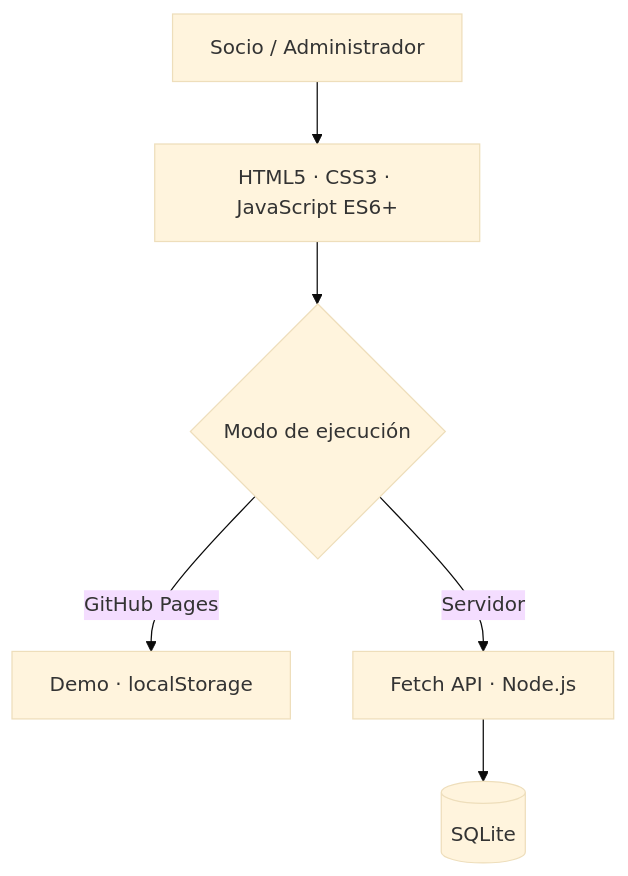
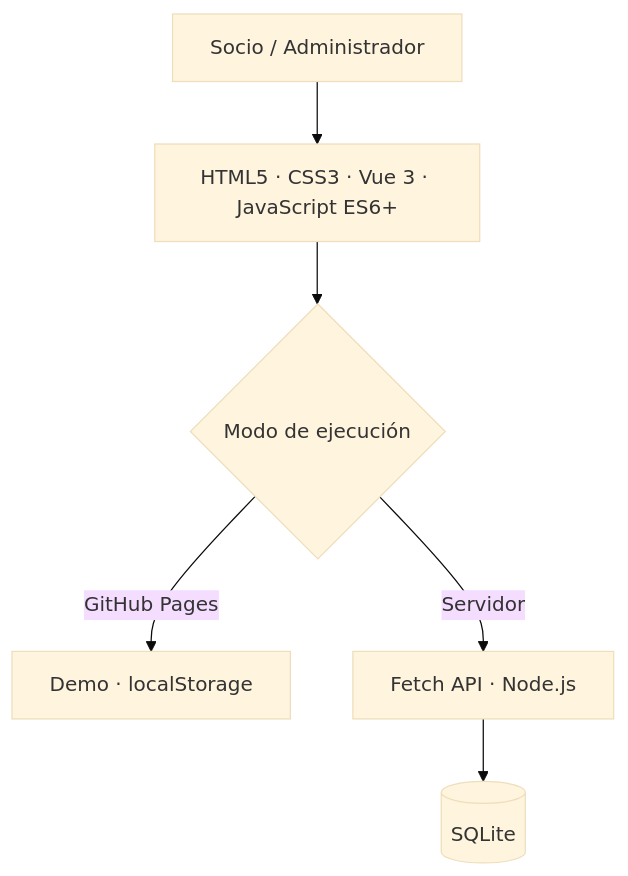
Before and after one commit to ValRod-Sal/Sakila_VideoClub: the diagram in README.md, drawn with Mermaid (base theme). The commit also changed other lines of this file and 10 other files, not shown here.

````diff
--- a/README.md
+++ b/README.md
@@ -45,8 +45,8 @@
 ```mermaid
 flowchart TD
- U[Socio / Administrador] --> F[HTML5 · CSS3 · JavaScript ES6+]
+ U[Socio / Administrador] --> F[HTML5 · CSS3 · Vue 3 · JavaScript ES6+]
  F --> D{Modo de ejecución}
  D -->|GitHub Pages| L[Demo · localStorage]
  D -->|Servidor| A[Fetch API · Node.js]
  A --> S[(SQLite)]
 ```
````
